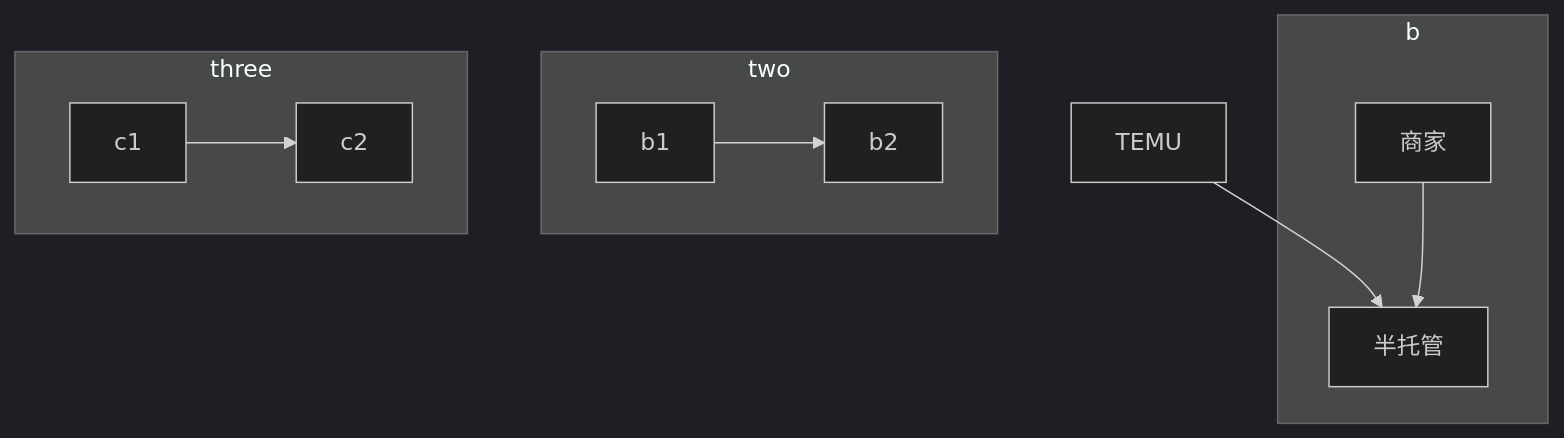
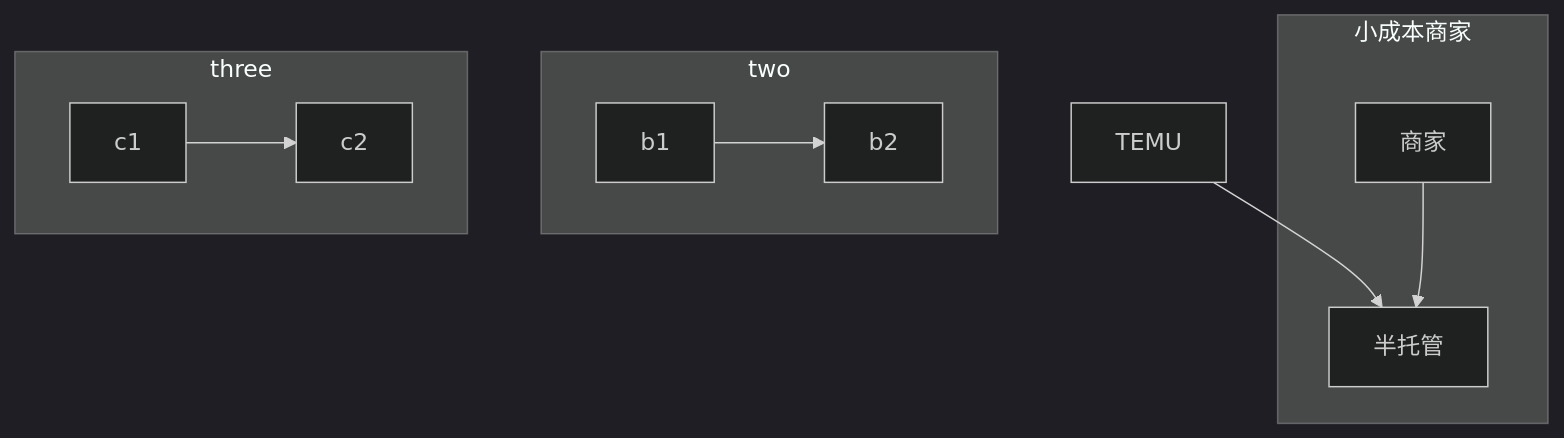
Before and after one commit to Zora0203/iodraw-files: the diagram in all/TEMU链路图.md, drawn with Mermaid (dark theme).

Commit message:
2024-12-06 16:26:24 update

````diff
--- a/all/TEMU链路图.md
+++ b/all/TEMU链路图.md
@@ -1,15 +1,15 @@
 ```mermaid
 
 
 flowchart TB
     TEMU-->半托管
-    subgraph b
+    subgraph 小成本商家
     商家-->半托管
     end
     subgraph two
     b1-->b2
     end
     subgraph three
     c1-->c2
     end
 ```
````
